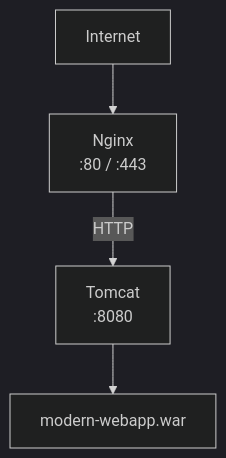
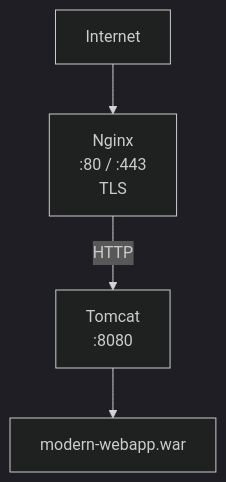
One commit to raul-profesor/Despliegue changed the first of 5 diagrams in docs/Tema3/P3.2.nueva.md. Above: the diagram before and after it, drawn with Mermaid (dark theme). The commit also changed other lines of this file and 1 other file, not shown here.

````diff
--- a/docs/Tema3/P3.2.nueva.md
+++ b/docs/Tema3/P3.2.nueva.md
@@ -49,6 +55,6 @@
 ```mermaid
 graph TD
-    A[Internet] --> B[Nginx<br/>:80 / :443]
+    A[Internet] --> B[Nginx<br/>:80 / :443<br/>TLS]
     B -->|HTTP| C[Tomcat<br/>:8080]
     C --> D[modern-webapp.war]
 ```
````
